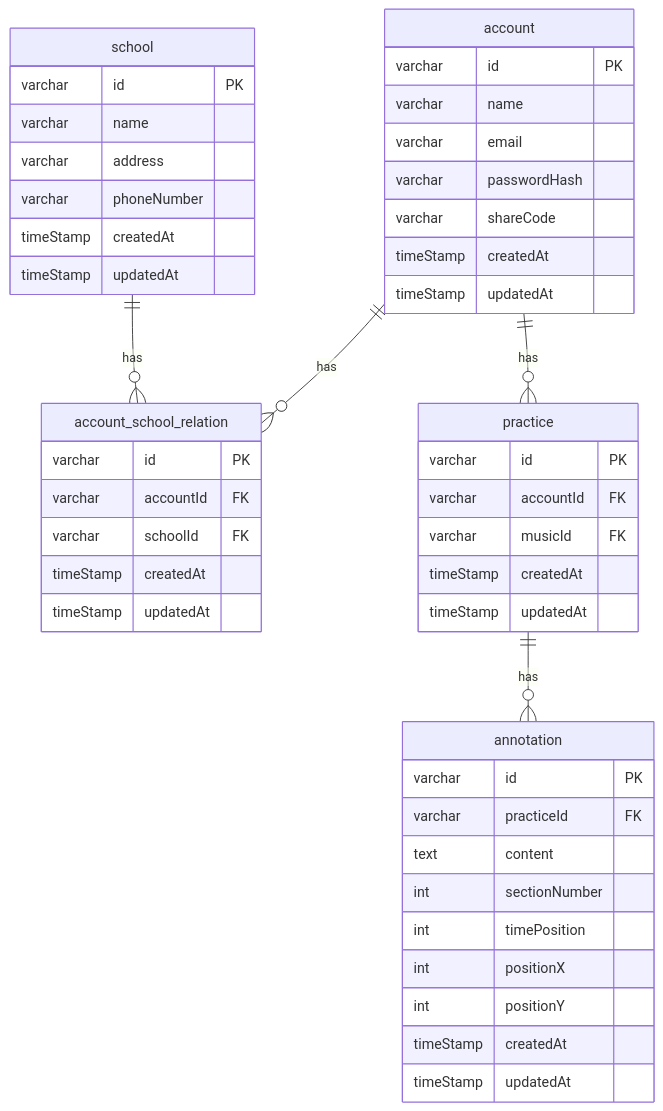
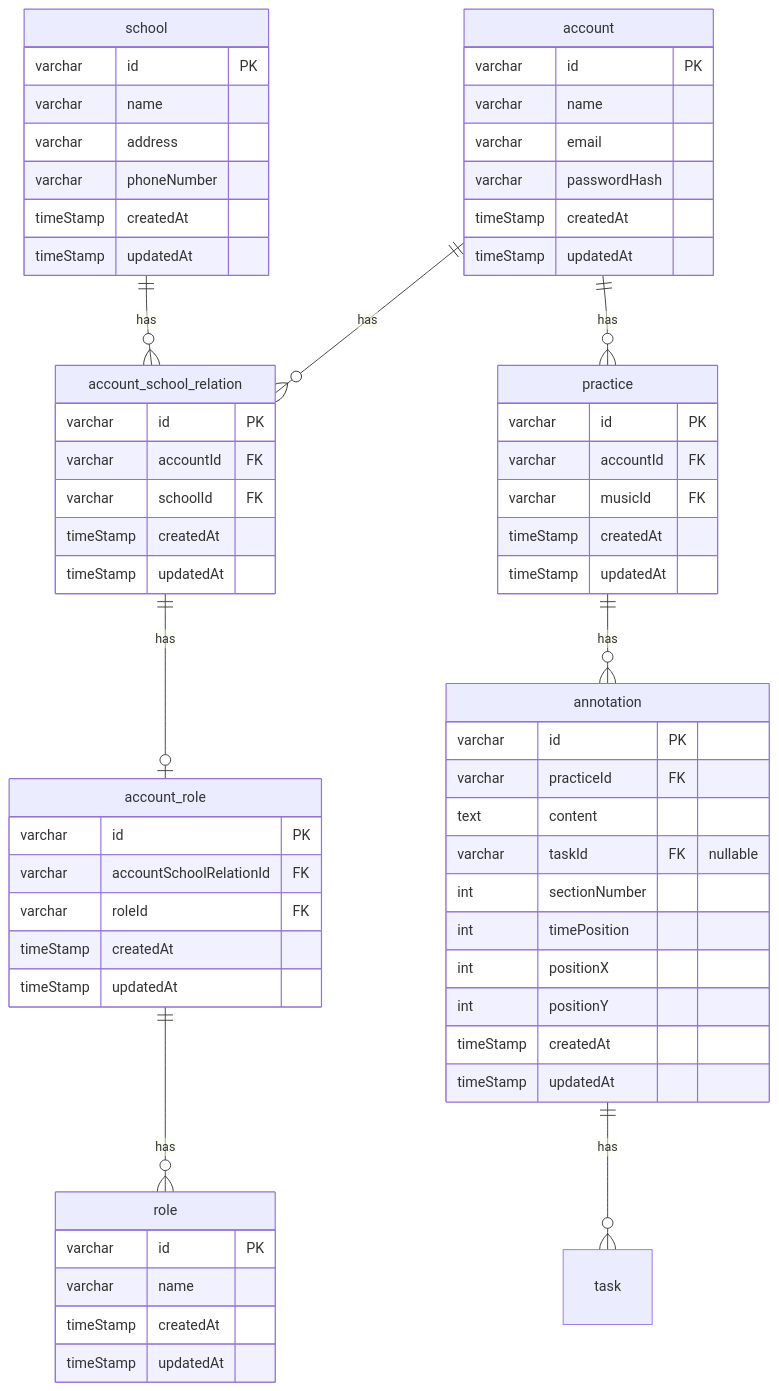
One commit to nararaki/piano_supporter changed the diagram in apps/server/docs/erd/account.md. Above: the diagram before and after it, drawn with Mermaid. The commit also changed 18 other files, not shown here.

````diff
--- a/apps/server/docs/erd/account.md
+++ b/apps/server/docs/erd/account.md
@@ -2,54 +2,72 @@
 ```mermaid
 erDiagram
     account ||--o{ account_school_relation: "has"
     school ||--o{ account_school_relation: "has"
     account ||--o{ practice: "has"
     practice ||--o{ annotation: "has"
+    account_school_relation ||--o| account_role: "has"
+    account_role ||--o{ role: "has"
+    annotation ||--o{ task: "has"
 
     account {
         varchar id PK 
         varchar name 
         varchar email 
         varchar passwordHash 
-        varchar shareCode 
         timeStamp createdAt 
         timeStamp updatedAt 
     }
 
     account_school_relation {
         varchar id PK
         varchar accountId FK
         varchar schoolId FK
+        timeStamp createdAt 
+        timeStamp updatedAt 
+    }
+
+    account_role {
+        varchar id PK
+        varchar accountSchoolRelationId FK
+        varchar roleId FK
+        timeStamp createdAt 
+        timeStamp updatedAt
+    }
+
+    role {
+        varchar id PK
+        varchar name 
         timeStamp createdAt 
         timeStamp updatedAt 
     }
 
     school {
         varchar id PK
         varchar name 
         varchar address 
         varchar phoneNumber 
         timeStamp createdAt 
         timeStamp updatedAt 
     }
 
     practice {
         varchar id PK
         varchar accountId FK
         varchar musicId FK
         timeStamp createdAt 
         timeStamp updatedAt
     }
     
     annotation {
         varchar id PK
         varchar practiceId FK
         text content
+        varchar taskId FK "nullable"
         int sectionNumber
         int timePosition
         int positionX
         int positionY
         timeStamp createdAt 
         timeStamp updatedAt
     }
 ```
````
